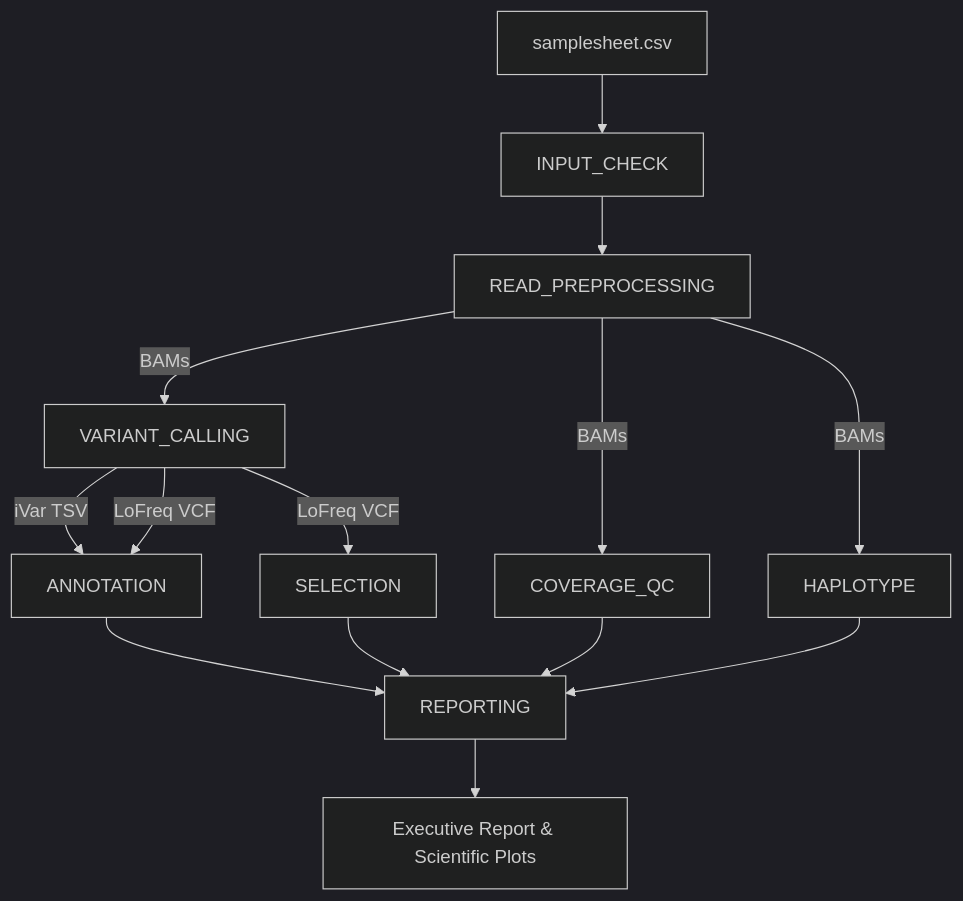
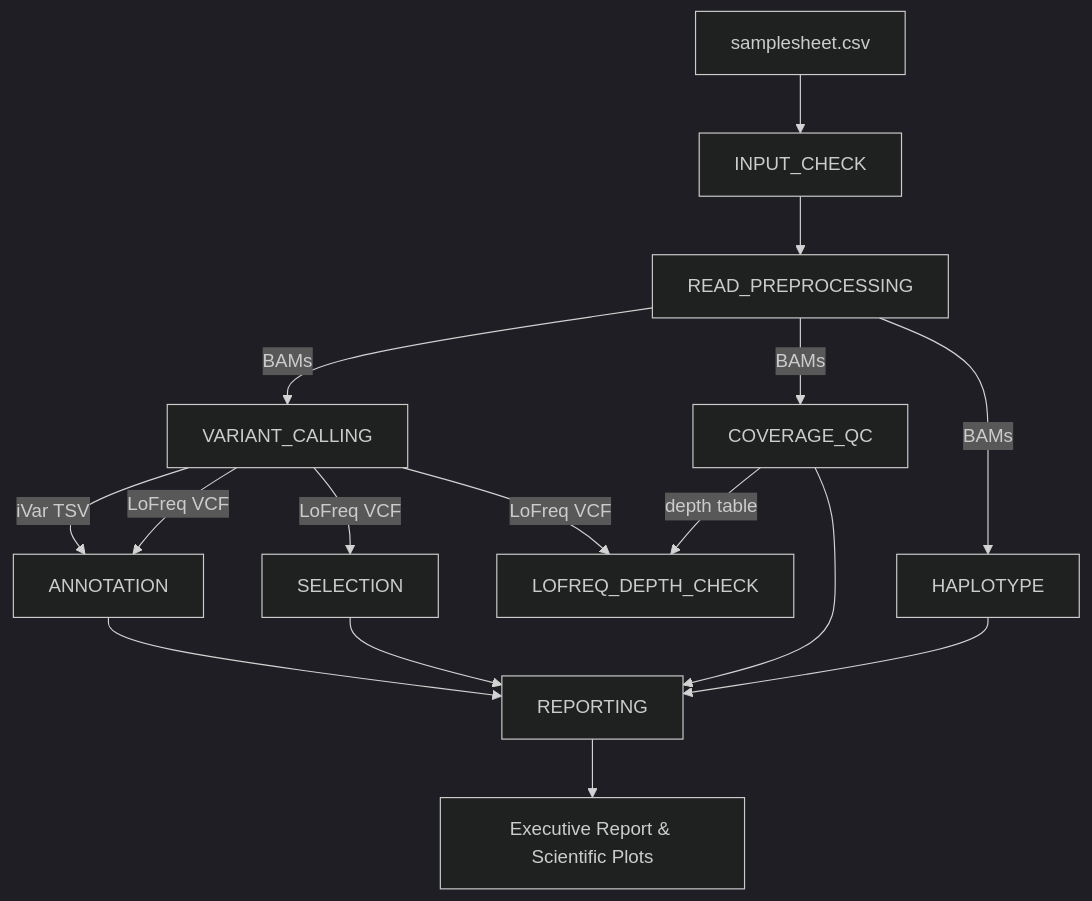
One commit to aleponce4/viral-intrahost-variant-workflow changed the first of 2 diagrams in ARCHITECTURE.md. Above: the diagram before and after it, drawn with Mermaid (dark theme). The commit also changed other lines of this file and 19 other files, not shown here.

First line of the commit message:
feat(lofreq): make the depth cap a parameter and flag calls made above it (#19)

````diff
--- a/ARCHITECTURE.md
+++ b/ARCHITECTURE.md
@@ -9,16 +9,18 @@
 ```mermaid
 flowchart TD
     A[samplesheet.csv] --> B[INPUT_CHECK]
     B --> C[READ_PREPROCESSING]
     C -->|BAMs| D[VARIANT_CALLING]
     C -->|BAMs| E[COVERAGE_QC]
     
     D -->|iVar TSV| F[ANNOTATION]
     D -->|LoFreq VCF| F
     
     D -->|LoFreq VCF| G[SELECTION]
+    D -->|LoFreq VCF| K[LOFREQ_DEPTH_CHECK]
+    E -->|depth table| K
     C -->|BAMs| H[HAPLOTYPE]
     
     F & E & G & H --> I[REPORTING]
     I --> J[Executive Report & Scientific Plots]
 ```
````
